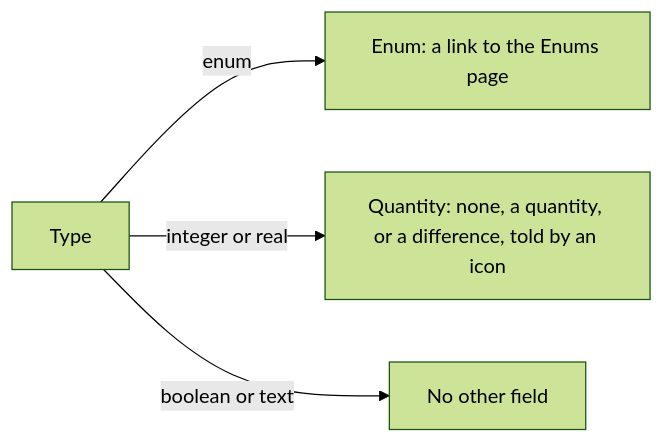
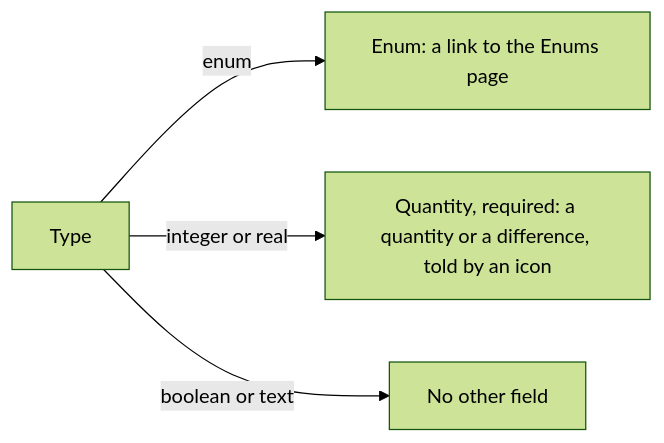
The sixth of 17 diagrams in screens/metadata.md (AlexandreGallais/synoptic-studio-spec), drawn with Mermaid (forest theme) before and after one commit. The commit also changed other lines of this file and 1 other file, not shown here.

First line of the commit message:
docs(metadata): require a quantity and keep typed numbers in default unit

````diff
--- a/screens/metadata.md
+++ b/screens/metadata.md
@@ -192,6 +192,6 @@
 ```mermaid
 flowchart LR
     T["Type"] -->|"enum"| E["Enum: a link to the Enums page"]
-    T -->|"integer or real"| Q["Quantity: none, a quantity, or a difference, told by an icon"]
+    T -->|"integer or real"| Q["Quantity, required: a quantity or a difference, told by an icon"]
     T -->|"boolean or text"| N["No other field"]
 ```
````
